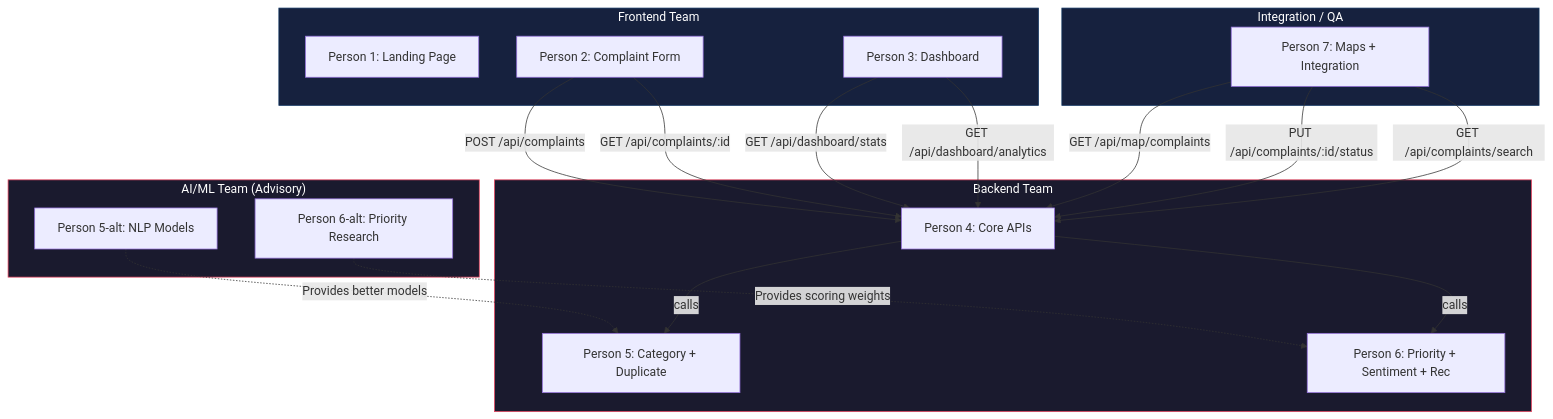
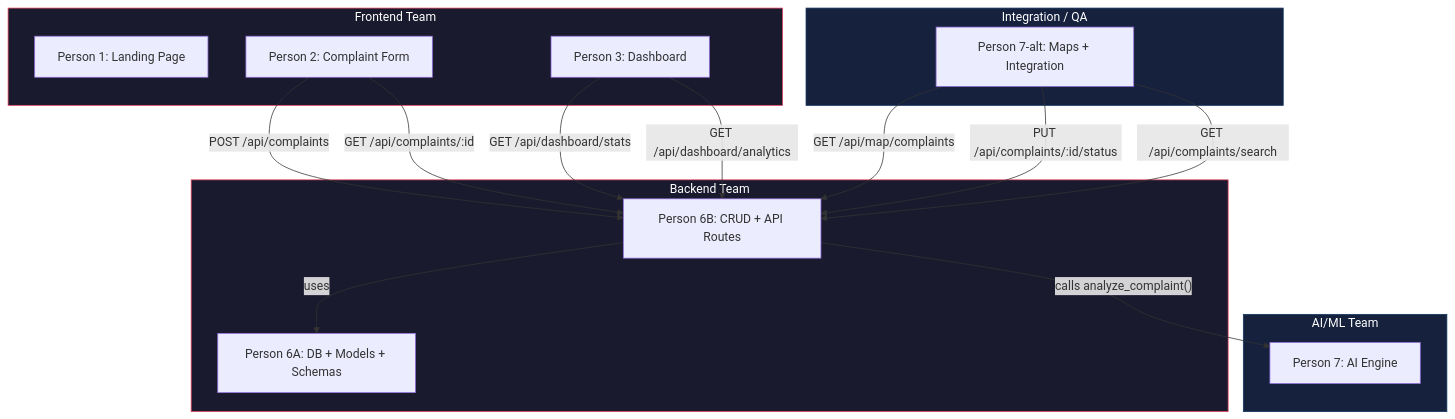
One commit to SatvikDB/CivicMind changed diagram 15 of 16 in BACKEND_GUIDE_v2.md. Above: the diagram before and after it, drawn with Mermaid. The commit also changed other lines of this file, not shown here.

````diff
--- a/BACKEND_GUIDE_v2.md
+++ b/BACKEND_GUIDE_v2.md
@@ -1446,42 +1461,37 @@
 ```mermaid
 graph TB
     subgraph Backend["Backend Team"]
-        P4[Person 4: Core APIs]
-        P5[Person 5: Category + Duplicate]
-        P6[Person 6: Priority + Sentiment + Rec]
+        P6A[Person 6A: DB + Models + Schemas]
+        P6B[Person 6B: CRUD + API Routes]
+    end
+
+    subgraph AIML["AI/ML Team"]
+        P7[Person 7: AI Engine]
     end
 
     subgraph Frontend["Frontend Team"]
         F1[Person 1: Landing Page]
         F2[Person 2: Complaint Form]
         F3[Person 3: Dashboard]
     end
 
-    subgraph AIML["AI/ML Team (Advisory)"]
-        M1[Person 5-alt: NLP Models]
-        M2[Person 6-alt: Priority Research]
+    subgraph QA["Integration / QA"]
+        Q1[Person 7-alt: Maps + Integration]
     end
 
-    subgraph QA["Integration / QA"]
-        Q1[Person 7: Maps + Integration]
-    end
+    F2 -->|"POST /api/complaints"| P6B
+    F2 -->|"GET /api/complaints/:id"| P6B
+    F3 -->|"GET /api/dashboard/stats"| P6B
+    F3 -->|"GET /api/dashboard/analytics"| P6B
+    Q1 -->|"GET /api/map/complaints"| P6B
+    Q1 -->|"PUT /api/complaints/:id/status"| P6B
+    Q1 -->|"GET /api/complaints/search"| P6B
 
-    F2 -->|"POST /api/complaints"| P4
-    F2 -->|"GET /api/complaints/:id"| P4
-    F3 -->|"GET /api/dashboard/stats"| P4
-    F3 -->|"GET /api/dashboard/analytics"| P4
-    Q1 -->|"GET /api/map/complaints"| P4
-    Q1 -->|"PUT /api/complaints/:id/status"| P4
-    Q1 -->|"GET /api/complaints/search"| P4
-
-    M1 -.->|"Provides better models"| P5
-    M2 -.->|"Provides scoring weights"| P6
-
-    P4 -->|"calls"| P5
-    P4 -->|"calls"| P6
+    P6B -->|"calls analyze_complaint()"| P7
+    P6B -->|"uses"| P6A
 
     style Backend fill:#1a1a2e,stroke:#e94560,color:#fff
-    style Frontend fill:#16213e,stroke:#0f3460,color:#fff
-    style AIML fill:#1a1a2e,stroke:#e94560,color:#fff
+    style AIML fill:#16213e,stroke:#0f3460,color:#fff
+    style Frontend fill:#1a1a2e,stroke:#e94560,color:#fff
     style QA fill:#16213e,stroke:#0f3460,color:#fff
 ```
````
